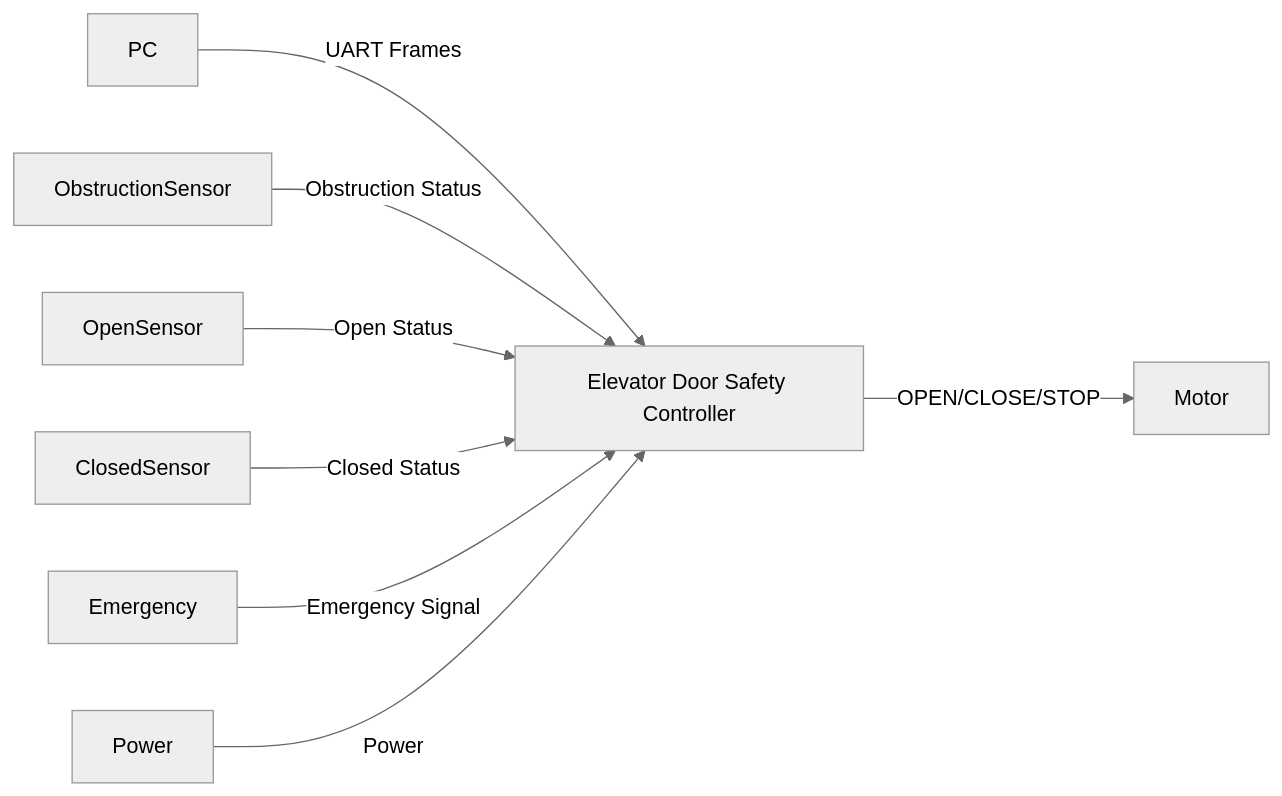
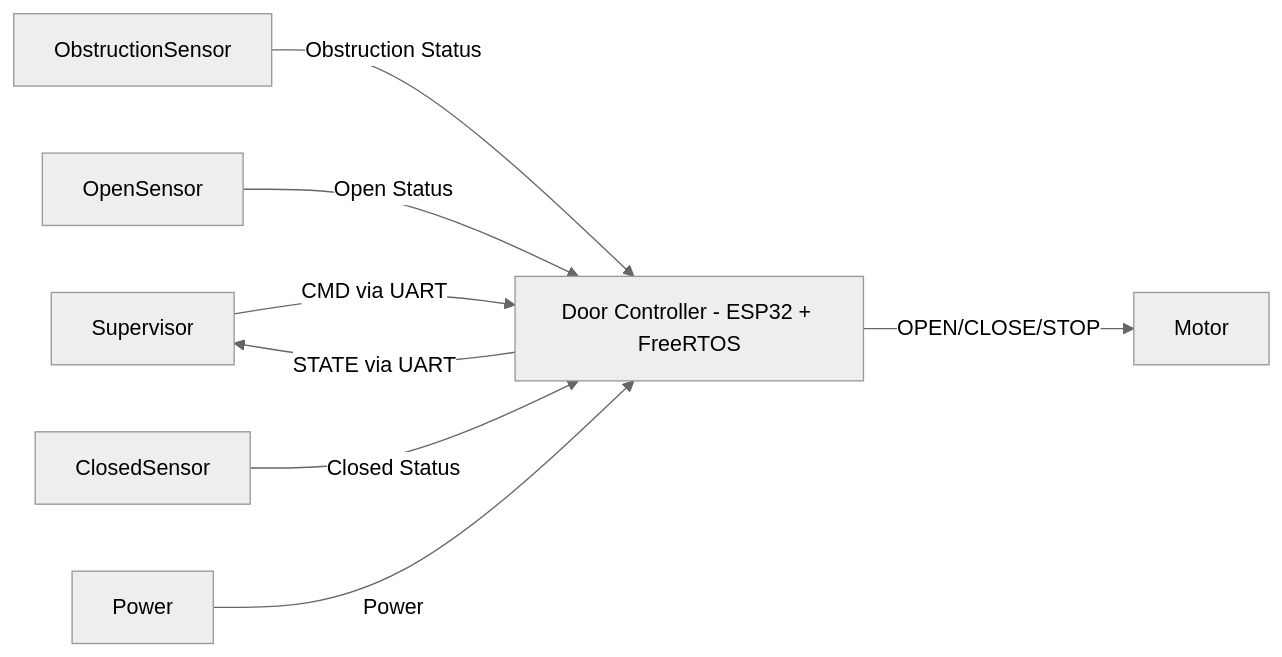
The first of 2 diagrams in docs/sections/uml-statecharts.md (csg523/project-p7-elevator-door), drawn with Mermaid (neutral theme) before and after one commit. The commit also changed other lines of this file and 3 other files, not shown here.

````diff
--- a/docs/sections/uml-statecharts.md
+++ b/docs/sections/uml-statecharts.md
@@ -49,12 +59,14 @@
 ```mermaid
 flowchart LR
-    PC -->|UART Frames| Controller
+    Supervisor -->|CMD via UART| Controller
+    Controller -->|STATE via UART| Supervisor
+
     ObstructionSensor -->|Obstruction Status| Controller
     OpenSensor -->|Open Status| Controller
     ClosedSensor -->|Closed Status| Controller
-    Emergency -->|Emergency Signal| Controller
+
     Controller -->|OPEN/CLOSE/STOP| Motor
     Power -->|Power| Controller
 
-    Controller[Elevator Door Safety Controller]
+    Controller[Door Controller - ESP32 + FreeRTOS]
 ```
````
